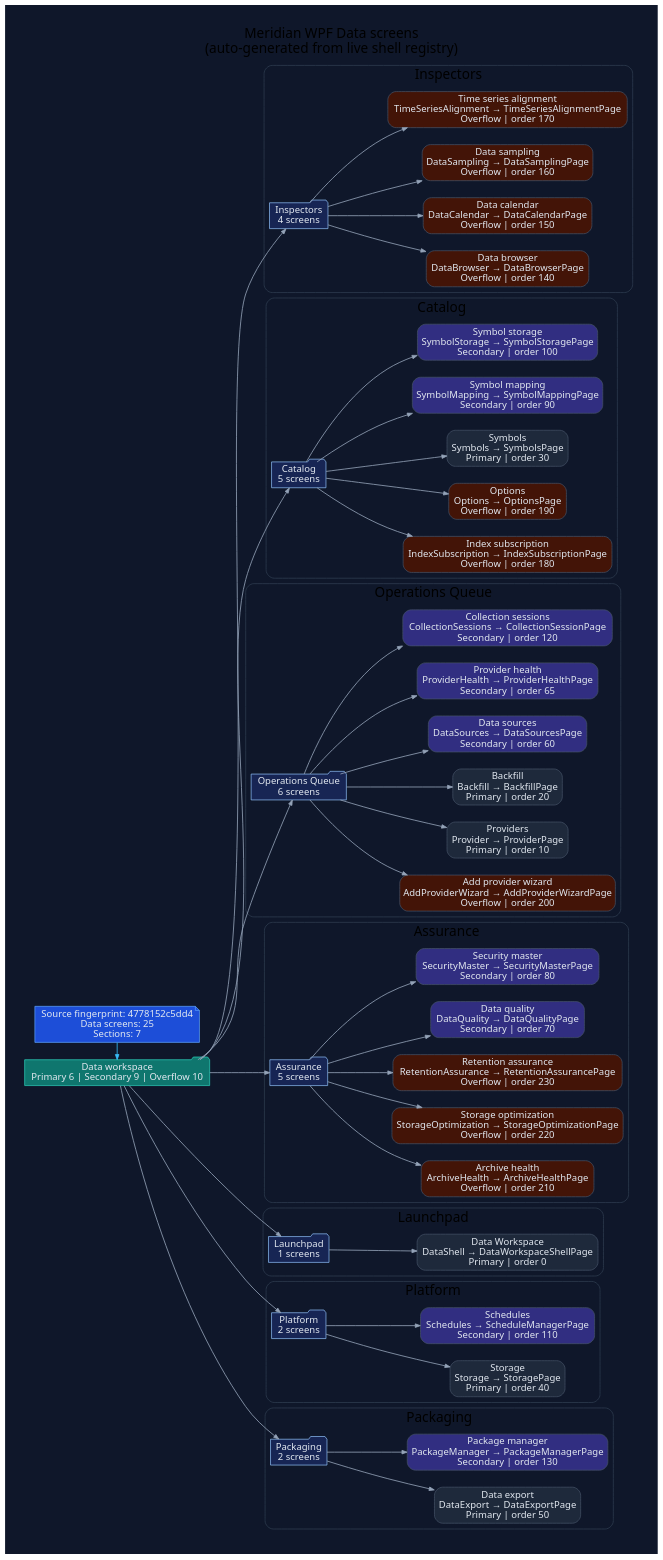
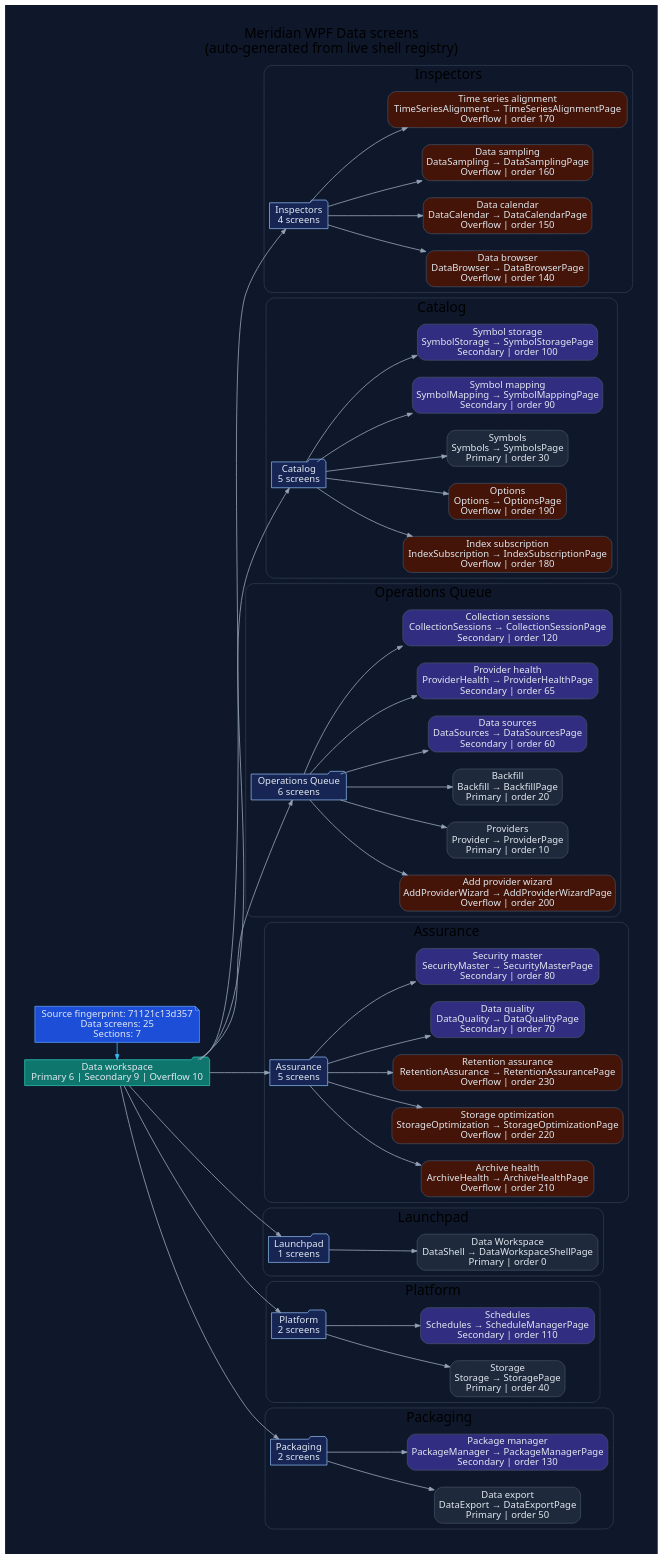
The diagram in docs/diagrams/ui-wpf-screens-data.dot (rodoHasArrived/Meridian-main), drawn with Graphviz before and after one commit. The commit also changed 181 other files, not shown here.

```diff
--- a/docs/diagrams/ui-wpf-screens-data.dot
+++ b/docs/diagrams/ui-wpf-screens-data.dot
@@ -1,132 +1,132 @@
 // -----------------------------------------------------------------------------
 // <auto-generated>
 // Generated by scripts/generate-diagrams.mjs.
 // Do not edit this file directly; update the WPF source files instead.
 // -----------------------------------------------------------------------------
 digraph WpfDataScreens {
   graph [
     rankdir=LR,
     labelloc=t,
     label="Meridian WPF Data screens\n(auto-generated from live shell registry)",
     fontname="Segoe UI",
     fontsize=20,
     pad=0.4,
     nodesep=0.35,
     ranksep=0.85,
     bgcolor="#0f172a"
   ];
   node [fontname="Segoe UI", shape=box, style="rounded,filled", color="#475569", fontcolor="#e2e8f0", fillcolor="#1e293b"];
   edge [fontname="Segoe UI", color="#94a3b8", penwidth=1.2, arrowsize=0.75];
 
-  generated [shape=note, fillcolor="#1d4ed8", color="#60a5fa", label="Source fingerprint: 4778152c5dd4\nData screens: 25\nSections: 7"];
+  generated [shape=note, fillcolor="#1d4ed8", color="#60a5fa", label="Source fingerprint: 71121c13d357\nData screens: 25\nSections: 7"];
   workspace [shape=folder, fillcolor="#0f766e", color="#2dd4bf", label="Data workspace\nPrimary 6 | Secondary 9 | Overflow 10"];
   generated -> workspace [color="#38bdf8"];
 
   subgraph cluster_section_1 {
     label="Inspectors";
     color="#334155";
     style="rounded";
     section_1 [shape=folder, fillcolor="#172554", color="#93c5fd", label="Inspectors\n4 screens"];
     workspace -> section_1;
     screen_DataBrowser [fillcolor="#431407", label="Data browser\nDataBrowser → DataBrowserPage\nOverflow | order 140"];
     section_1 -> screen_DataBrowser;
     screen_DataCalendar [fillcolor="#431407", label="Data calendar\nDataCalendar → DataCalendarPage\nOverflow | order 150"];
     section_1 -> screen_DataCalendar;
     screen_DataSampling [fillcolor="#431407", label="Data sampling\nDataSampling → DataSamplingPage\nOverflow | order 160"];
     section_1 -> screen_DataSampling;
     screen_TimeSeriesAlignment [fillcolor="#431407", label="Time series alignment\nTimeSeriesAlignment → TimeSeriesAlignmentPage\nOverflow | order 170"];
     section_1 -> screen_TimeSeriesAlignment;
   }
 
   subgraph cluster_section_2 {
     label="Catalog";
     color="#334155";
     style="rounded";
     section_2 [shape=folder, fillcolor="#172554", color="#93c5fd", label="Catalog\n5 screens"];
     workspace -> section_2;
     screen_IndexSubscription [fillcolor="#431407", label="Index subscription\nIndexSubscription → IndexSubscriptionPage\nOverflow | order 180"];
     section_2 -> screen_IndexSubscription;
     screen_Options [fillcolor="#431407", label="Options\nOptions → OptionsPage\nOverflow | order 190"];
     section_2 -> screen_Options;
     screen_Symbols [fillcolor="#1e293b", label="Symbols\nSymbols → SymbolsPage\nPrimary | order 30"];
     section_2 -> screen_Symbols;
     screen_SymbolMapping [fillcolor="#312e81", label="Symbol mapping\nSymbolMapping → SymbolMappingPage\nSecondary | order 90"];
     section_2 -> screen_SymbolMapping;
     screen_SymbolStorage [fillcolor="#312e81", label="Symbol storage\nSymbolStorage → SymbolStoragePage\nSecondary | order 100"];
     section_2 -> screen_SymbolStorage;
   }
 
   subgraph cluster_section_3 {
     label="Operations Queue";
     color="#334155";
     style="rounded";
     section_3 [shape=folder, fillcolor="#172554", color="#93c5fd", label="Operations Queue\n6 screens"];
     workspace -> section_3;
     screen_AddProviderWizard [fillcolor="#431407", label="Add provider wizard\nAddProviderWizard → AddProviderWizardPage\nOverflow | order 200"];
     section_3 -> screen_AddProviderWizard;
     screen_Provider [fillcolor="#1e293b", label="Providers\nProvider → ProviderPage\nPrimary | order 10"];
     section_3 -> screen_Provider;
     screen_Backfill [fillcolor="#1e293b", label="Backfill\nBackfill → BackfillPage\nPrimary | order 20"];
     section_3 -> screen_Backfill;
     screen_DataSources [fillcolor="#312e81", label="Data sources\nDataSources → DataSourcesPage\nSecondary | order 60"];
     section_3 -> screen_DataSources;
     screen_ProviderHealth [fillcolor="#312e81", label="Provider health\nProviderHealth → ProviderHealthPage\nSecondary | order 65"];
     section_3 -> screen_ProviderHealth;
     screen_CollectionSessions [fillcolor="#312e81", label="Collection sessions\nCollectionSessions → CollectionSessionPage\nSecondary | order 120"];
     section_3 -> screen_CollectionSessions;
   }
 
   subgraph cluster_section_4 {
     label="Assurance";
     color="#334155";
     style="rounded";
     section_4 [shape=folder, fillcolor="#172554", color="#93c5fd", label="Assurance\n5 screens"];
     workspace -> section_4;
     screen_ArchiveHealth [fillcolor="#431407", label="Archive health\nArchiveHealth → ArchiveHealthPage\nOverflow | order 210"];
     section_4 -> screen_ArchiveHealth;
     screen_StorageOptimization [fillcolor="#431407", label="Storage optimization\nStorageOptimization → StorageOptimizationPage\nOverflow | order 220"];
     section_4 -> screen_StorageOptimization;
     screen_RetentionAssurance [fillcolor="#431407", label="Retention assurance\nRetentionAssurance → RetentionAssurancePage\nOverflow | order 230"];
     section_4 -> screen_RetentionAssurance;
     screen_DataQuality [fillcolor="#312e81", label="Data quality\nDataQuality → DataQualityPage\nSecondary | order 70"];
     section_4 -> screen_DataQuality;
     screen_SecurityMaster [fillcolor="#312e81", label="Security master\nSecurityMaster → SecurityMasterPage\nSecondary | order 80"];
     section_4 -> screen_SecurityMaster;
   }
 
   subgraph cluster_section_5 {
     label="Launchpad";
     color="#334155";
     style="rounded";
     section_5 [shape=folder, fillcolor="#172554", color="#93c5fd", label="Launchpad\n1 screens"];
     workspace -> section_5;
     screen_DataShell [fillcolor="#1e293b", label="Data Workspace\nDataShell → DataWorkspaceShellPage\nPrimary | order 0"];
     section_5 -> screen_DataShell;
   }
 
   subgraph cluster_section_6 {
     label="Platform";
     color="#334155";
     style="rounded";
     section_6 [shape=folder, fillcolor="#172554", color="#93c5fd", label="Platform\n2 screens"];
     workspace -> section_6;
     screen_Storage [fillcolor="#1e293b", label="Storage\nStorage → StoragePage\nPrimary | order 40"];
     section_6 -> screen_Storage;
     screen_Schedules [fillcolor="#312e81", label="Schedules\nSchedules → ScheduleManagerPage\nSecondary | order 110"];
     section_6 -> screen_Schedules;
   }
 
   subgraph cluster_section_7 {
     label="Packaging";
     color="#334155";
     style="rounded";
     section_7 [shape=folder, fillcolor="#172554", color="#93c5fd", label="Packaging\n2 screens"];
     workspace -> section_7;
     screen_DataExport [fillcolor="#1e293b", label="Data export\nDataExport → DataExportPage\nPrimary | order 50"];
     section_7 -> screen_DataExport;
     screen_PackageManager [fillcolor="#312e81", label="Package manager\nPackageManager → PackageManagerPage\nSecondary | order 130"];
     section_7 -> screen_PackageManager;
   }
 
   { rank=min; generated; workspace; }
 }
```
